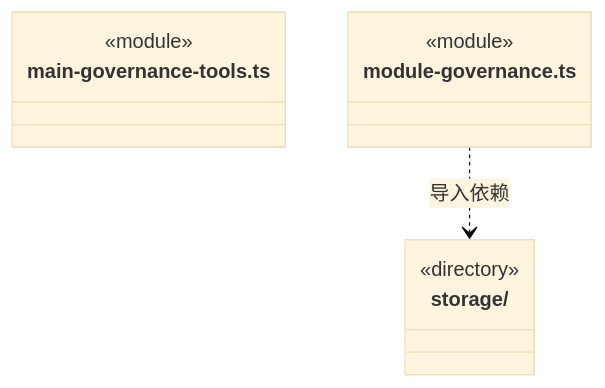
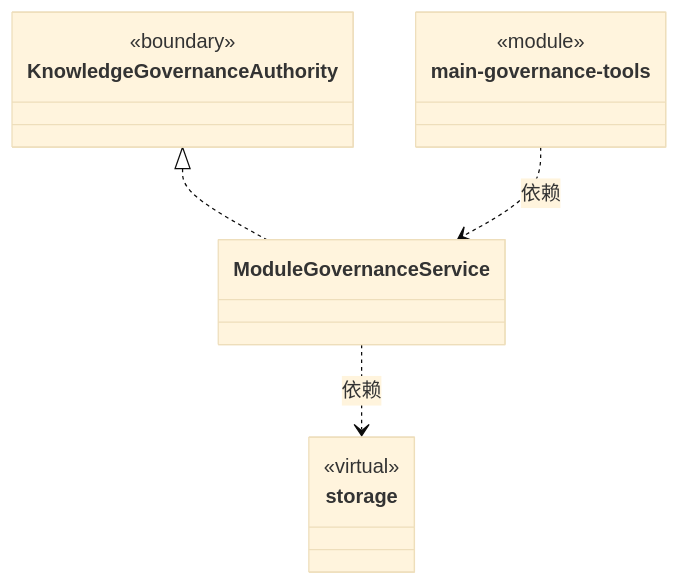
One commit to nan023062/cbim changed the diagram in src/logic/governance/service/ARCHITECTURE.md. Above: the diagram before and after it, drawn with Mermaid (base theme). The commit also changed other lines of this file and 158 other files, not shown here.

Commit message:
docs: model architecture through nested virtual encapsulations

````diff
--- a/src/logic/governance/service/ARCHITECTURE.md
+++ b/src/logic/governance/service/ARCHITECTURE.md
@@ -66,13 +22,20 @@
 ```mermaid
 classDiagram
-class N_src_logic_governance_service_storage["storage/"] {
-  <<directory>>
+class N_d81430101499["ModuleGovernanceService"]
+click N_d81430101499 href "module-governance.ts"
+class N_3bb18fbf4ffa["storage"] {
+  <<virtual>>
 }
-class N_src_logic_governance_service_main_governance_tools_ts["main-governance-tools.ts"] {
+click N_3bb18fbf4ffa href "storage/ARCHITECTURE.md"
+class N_3f5c8b26311a["KnowledgeGovernanceAuthority"] {
+  <<boundary>>
+}
+click N_3f5c8b26311a href "../../knowledge/storage/governance-port.ts"
+class N_9484d6013bd6["main-governance-tools"] {
   <<module>>
 }
-class N_src_logic_governance_service_module_governance_ts["module-governance.ts"] {
-  <<module>>
-}
-N_src_logic_governance_service_module_governance_ts ..> N_src_logic_governance_service_storage : 导入依赖
+click N_9484d6013bd6 href "main-governance-tools.ts"
+N_d81430101499 ..> N_3bb18fbf4ffa : 依赖
+N_3f5c8b26311a <|.. N_d81430101499
+N_9484d6013bd6 ..> N_d81430101499 : 依赖
 ```
````
